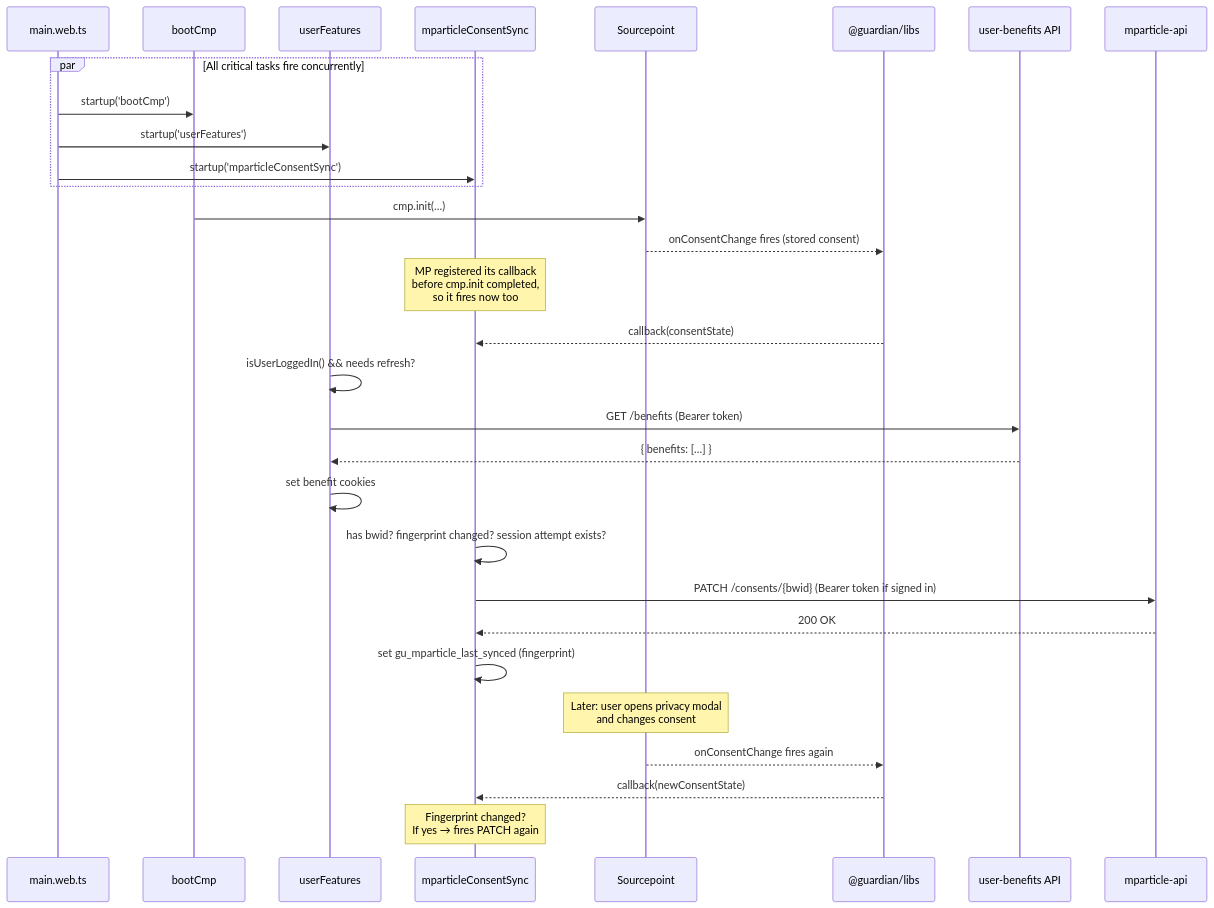
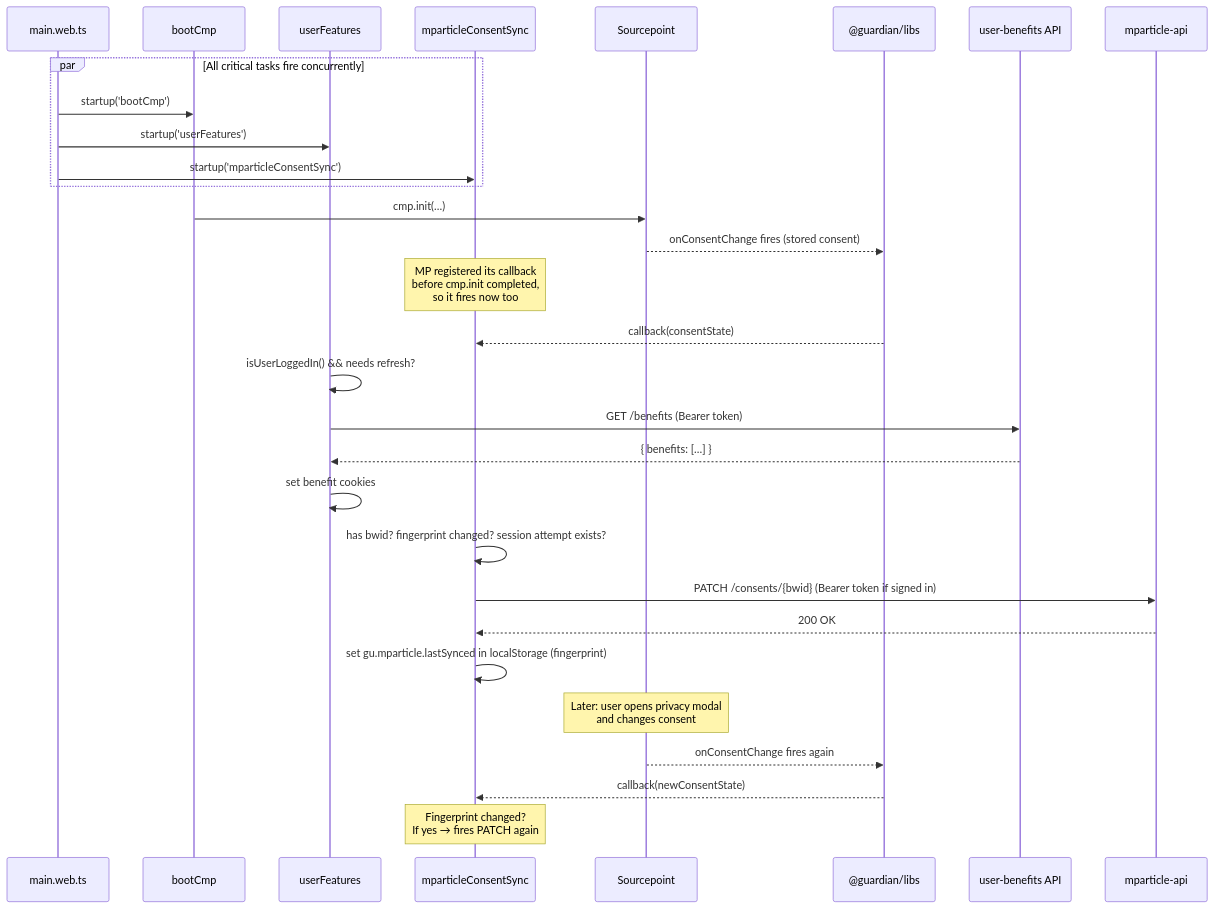
One commit to guardian/dotcom-rendering changed the fifth of 6 diagrams in dotcom-rendering/docs/mparticle-paid-media-integration.md. Above: the diagram before and after it, drawn with Mermaid. The commit also changed other lines of this file and 2 other files, not shown here.

Commit message:
Refactor mParticle consent handling: switch from cookies to localStorage/sessionStorage for fingerprint management

````diff
--- a/dotcom-rendering/docs/mparticle-paid-media-integration.md
+++ b/dotcom-rendering/docs/mparticle-paid-media-integration.md
@@ -130,40 +130,40 @@
 ```mermaid
 sequenceDiagram
     participant MW as main.web.ts
     participant B as bootCmp
     participant UF as userFeatures
     participant MP as mparticleConsentSync
     participant SP as Sourcepoint
     participant Libs as @guardian/libs
     participant BAPI as user-benefits API
     participant MPAPI as mparticle-api
 
     par All critical tasks fire concurrently
         MW->>B: startup('bootCmp')
         MW->>UF: startup('userFeatures')
         MW->>MP: startup('mparticleConsentSync')
     end
 
     B->>SP: cmp.init(…)
     SP-->>Libs: onConsentChange fires (stored consent)
 
     Note over MP: MP registered its callback<br/>before cmp.init completed,<br/>so it fires now too
 
     Libs-->>MP: callback(consentState)
 
     UF->>UF: isUserLoggedIn() && needs refresh?
     UF->>BAPI: GET /benefits (Bearer token)
     BAPI-->>UF: { benefits: […] }
     UF->>UF: set benefit cookies
 
     MP->>MP: has bwid? fingerprint changed? session attempt exists?
     MP->>MPAPI: PATCH /consents/{bwid} (Bearer token if signed in)
     MPAPI-->>MP: 200 OK
-    MP->>MP: set gu_mparticle_last_synced (fingerprint)
+    MP->>MP: set gu.mparticle.lastSynced in localStorage (fingerprint)
 
     Note over SP: Later: user opens privacy modal<br/>and changes consent
 
     SP-->>Libs: onConsentChange fires again
     Libs-->>MP: callback(newConsentState)
     Note over MP: Fingerprint changed?<br/>If yes → fires PATCH again
 ```
````
